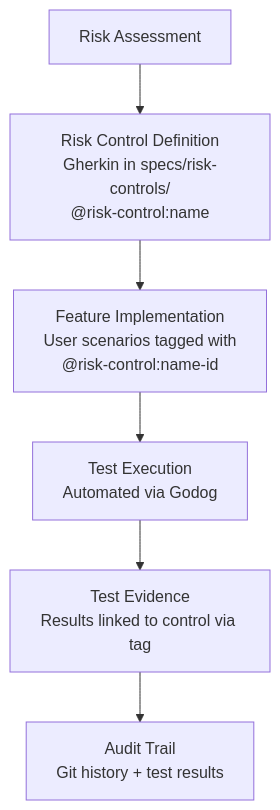
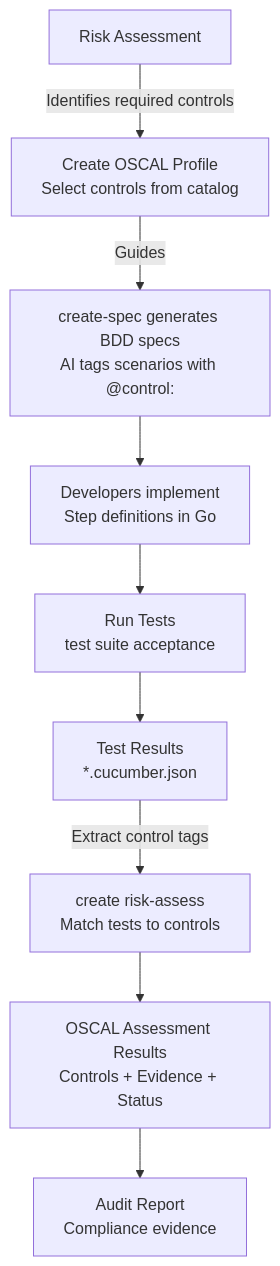
Before and after one commit to ready-to-release/eac: the diagram in docs/explanation/specifications/risk-controls.md, drawn with Mermaid. The commit also changed other lines of this file and 116 other files, not shown here.

First line of the commit message:
refactor(multi-module): unify risk profile command and architecture

````diff
--- a/docs/explanation/specifications/risk-controls.md
+++ b/docs/explanation/specifications/risk-controls.md
@@ -118,9 +159,11 @@
 ```mermaid
 flowchart TD
-    A[Risk Assessment] --> B[Risk Control Definition<br/>Gherkin in specs/risk-controls/<br/>@risk-control:name]
-    B --> C[Feature Implementation<br/>User scenarios tagged with<br/>@risk-control:name-id]
-    C --> D[Test Execution<br/>Automated via Godog]
-    D --> E[Test Evidence<br/>Results linked to control via tag]
-    E --> F[Audit Trail<br/>Git history + test results]
-
+    A[Risk Assessment] -->|Identifies required controls| B[Create OSCAL Profile<br/>Select controls from catalog]
+    B -->|Guides| C[create-spec generates BDD specs<br/>AI tags scenarios with @control:]
+    C --> D[Developers implement<br/>Step definitions in Go]
+    D --> E[Run Tests<br/>test suite acceptance]
+    E --> F[Test Results<br/>*.cucumber.json]
+    F -->|Extract control tags| G[create risk-assess<br/>Match tests to controls]
+    G --> H[OSCAL Assessment Results<br/>Controls + Evidence + Status]
+    H --> I[Audit Report<br/>Compliance evidence]
 ```
````
